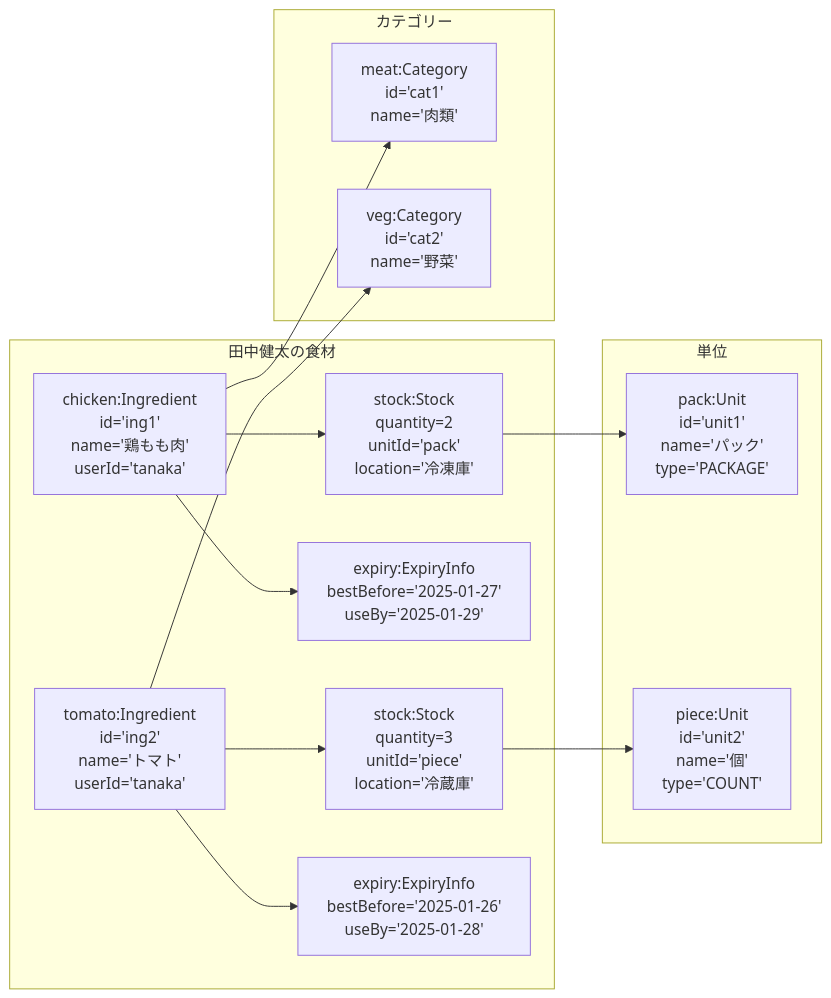
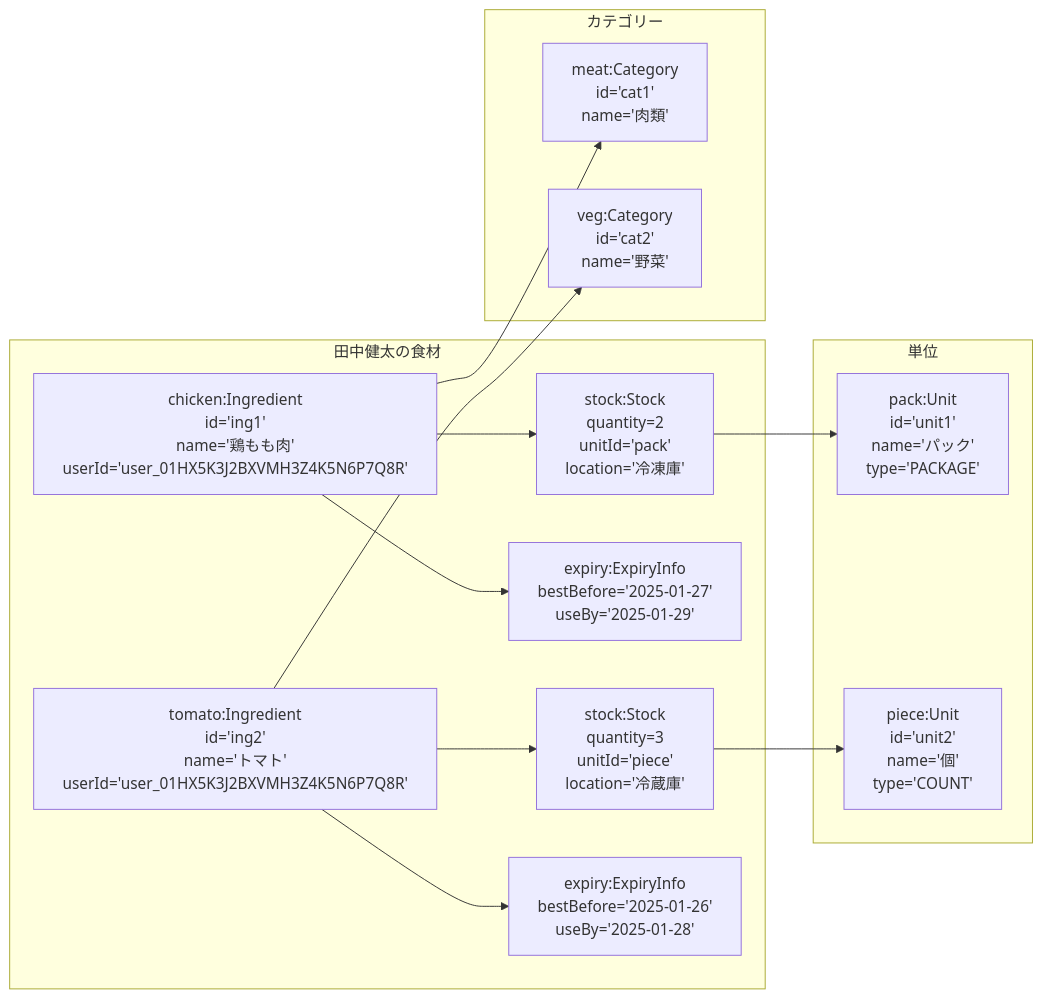
One commit to komei0727/all_in_one changed the fourth of 6 diagrams in docs/domain/contexts/ingredient-management/sudo-modeling.md. Above: the diagram before and after it, drawn with Mermaid. The commit also changed other lines of this file and 25 other files, not shown here.

````diff
--- a/docs/domain/contexts/ingredient-management/sudo-modeling.md
+++ b/docs/domain/contexts/ingredient-management/sudo-modeling.md
@@ -191,32 +204,32 @@
 ```mermaid
 graph LR
     subgraph "田中健太の食材"
-        CHICKEN[chicken:Ingredient<br/>id='ing1'<br/>name='鶏もも肉'<br/>userId='tanaka']
+        CHICKEN[chicken:Ingredient<br/>id='ing1'<br/>name='鶏もも肉'<br/>userId='user_01HX5K3J2BXVMH3Z4K5N6P7Q8R']
         CHICKEN_STOCK[stock:Stock<br/>quantity=2<br/>unitId='pack'<br/>location='冷凍庫']
         CHICKEN_EXPIRY[expiry:ExpiryInfo<br/>bestBefore='2025-01-27'<br/>useBy='2025-01-29']
 
-        TOMATO[tomato:Ingredient<br/>id='ing2'<br/>name='トマト'<br/>userId='tanaka']
+        TOMATO[tomato:Ingredient<br/>id='ing2'<br/>name='トマト'<br/>userId='user_01HX5K3J2BXVMH3Z4K5N6P7Q8R']
         TOMATO_STOCK[stock:Stock<br/>quantity=3<br/>unitId='piece'<br/>location='冷蔵庫']
         TOMATO_EXPIRY[expiry:ExpiryInfo<br/>bestBefore='2025-01-26'<br/>useBy='2025-01-28']
     end
 
     subgraph "カテゴリー"
         MEAT[meat:Category<br/>id='cat1'<br/>name='肉類']
         VEG[veg:Category<br/>id='cat2'<br/>name='野菜']
     end
 
     subgraph "単位"
         PACK[pack:Unit<br/>id='unit1'<br/>name='パック'<br/>type='PACKAGE']
         PIECE[piece:Unit<br/>id='unit2'<br/>name='個'<br/>type='COUNT']
     end
 
     CHICKEN --> CHICKEN_STOCK
     CHICKEN --> CHICKEN_EXPIRY
     CHICKEN --> MEAT
     CHICKEN_STOCK --> PACK
 
     TOMATO --> TOMATO_STOCK
     TOMATO --> TOMATO_EXPIRY
     TOMATO --> VEG
     TOMATO_STOCK --> PIECE
 ```
````
